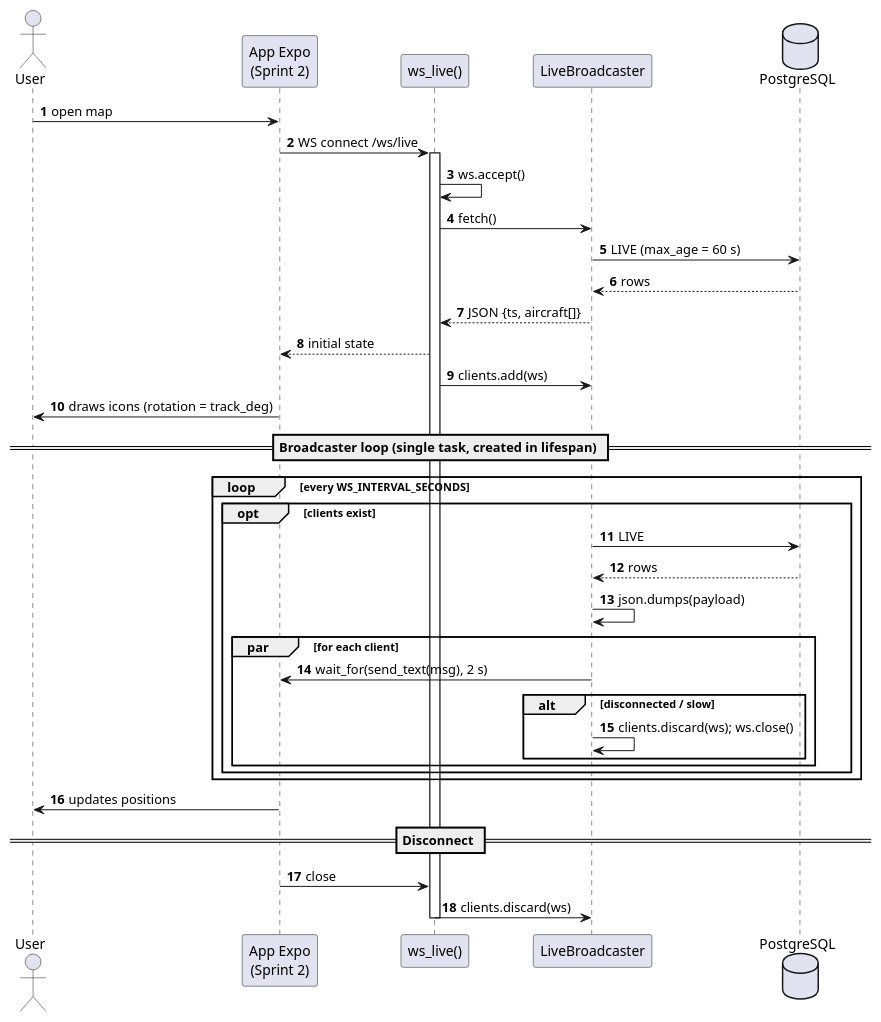
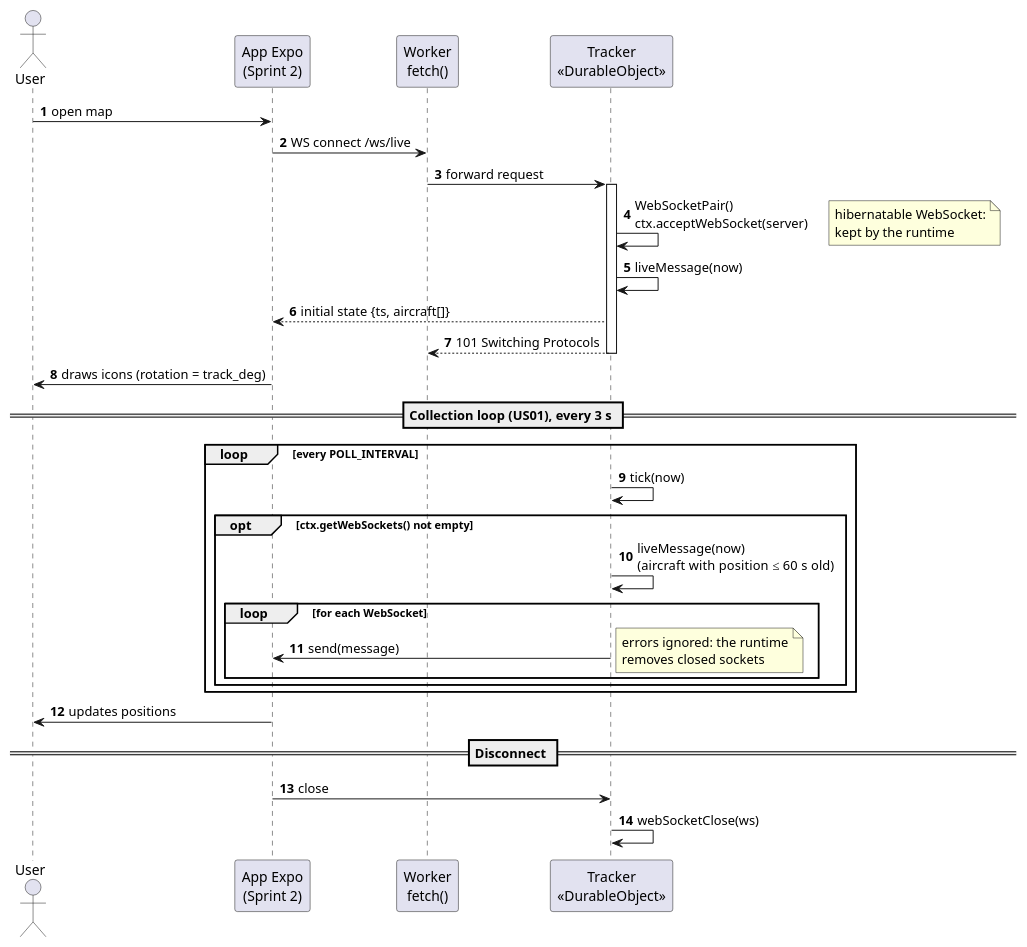
Before and after one commit to miguelsiilva1/SkyTracer: the diagram in docs/system-documentation/use-cases/US06/puml/sd_us06.puml, drawn with PlantUML. The commit also changed 31 other files, not shown here.

Commit message:
docs: update architecture documentation for the Cloudflare and Supabase backend

```diff
--- a/docs/system-documentation/use-cases/US06/puml/sd_us06.puml
+++ b/docs/system-documentation/use-cases/US06/puml/sd_us06.puml
@@ -1,41 +1,36 @@
 @startuml
 autonumber
 actor "User" as U
 participant "App Expo\n(Sprint 2)" as App
-participant "ws_live()" as WS
-participant "LiveBroadcaster" as B
-database "PostgreSQL" as DB
+participant "Worker\nfetch()" as W
+participant "Tracker\n<<DurableObject>>" as T
 
 U -> App : open map
-App -> WS : WS connect /ws/live
-activate WS
-WS -> WS : ws.accept()
-WS -> B : fetch()
-B -> DB : LIVE (max_age = 60 s)
-DB --> B : rows
-B --> WS : JSON {ts, aircraft[]}
-WS --> App : initial state
-WS -> B : clients.add(ws)
+App -> W : WS connect /ws/live
+W -> T : forward request
+activate T
+T -> T : WebSocketPair()\nctx.acceptWebSocket(server)
+note right: hibernatable WebSocket:\nkept by the runtime
+T -> T : liveMessage(now)
+T --> App : initial state {ts, aircraft[]}
+T --> W : 101 Switching Protocols
+deactivate T
 App -> U : draws icons (rotation = track_deg)
 
-== Broadcaster loop (single task, created in lifespan) ==
-loop every WS_INTERVAL_SECONDS
-  opt clients exist
-    B -> DB : LIVE
-    DB --> B : rows
-    B -> B : json.dumps(payload)
-    par for each client
-      B -> App : wait_for(send_text(msg), 2 s)
-      alt disconnected / slow
-        B -> B : clients.discard(ws); ws.close()
-      end
+== Collection loop (US01), every 3 s ==
+loop every POLL_INTERVAL
+  T -> T : tick(now)
+  opt ctx.getWebSockets() not empty
+    T -> T : liveMessage(now)\n(aircraft with position ≤ 60 s old)
+    loop for each WebSocket
+      T -> App : send(message)
+      note right: errors ignored: the runtime\nremoves closed sockets
     end
   end
 end
 App -> U : updates positions
 
 == Disconnect ==
-App -> WS : close
-WS -> B : clients.discard(ws)
-deactivate WS
+App -> T : close
+T -> T : webSocketClose(ws)
 @enduml
```
